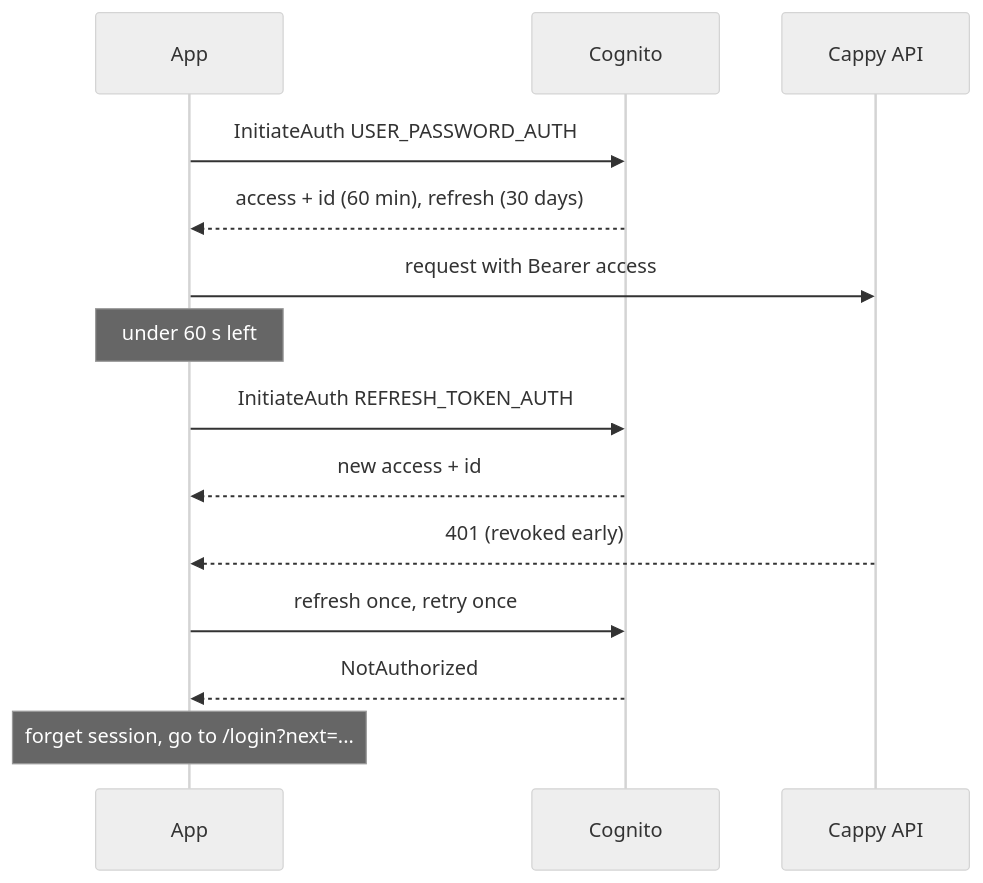
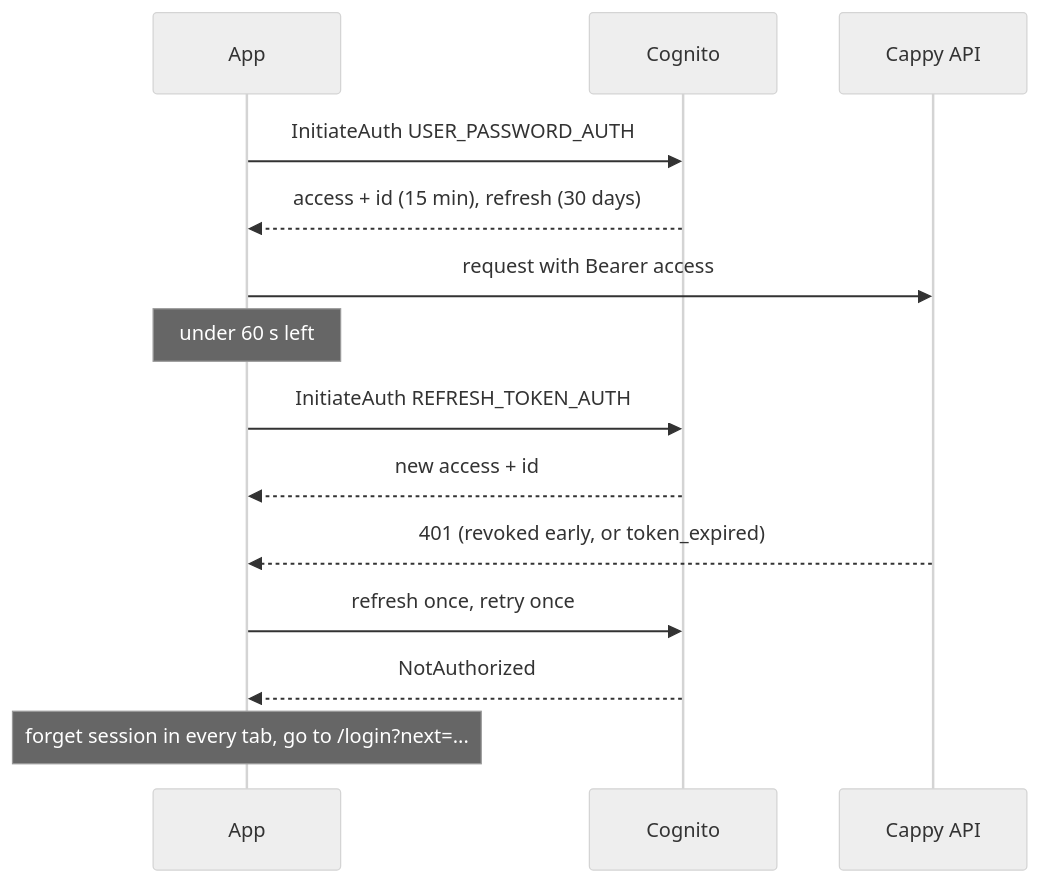
The first of 4 diagrams in docs/FLOWS.md (Tunisian-Automation-Group/R_Management), drawn with Mermaid (neutral theme) before and after one commit. The commit also changed other lines of this file and 3 other files, not shown here.

````diff
--- a/docs/FLOWS.md
+++ b/docs/FLOWS.md
@@ -251,16 +276,16 @@
 ```mermaid
 sequenceDiagram
   participant A as App
   participant C as Cognito
   participant API as Cappy API
   A->>C: InitiateAuth USER_PASSWORD_AUTH
-  C-->>A: access + id (60 min), refresh (30 days)
+  C-->>A: access + id (15 min), refresh (30 days)
   A->>API: request with Bearer access
   Note over A: under 60 s left
   A->>C: InitiateAuth REFRESH_TOKEN_AUTH
   C-->>A: new access + id
-  API-->>A: 401 (revoked early)
+  API-->>A: 401 (revoked early, or token_expired)
   A->>C: refresh once, retry once
   C-->>A: NotAuthorized
-  Note over A: forget session, go to /login?next=...
+  Note over A: forget session in every tab, go to /login?next=...
 ```
````
